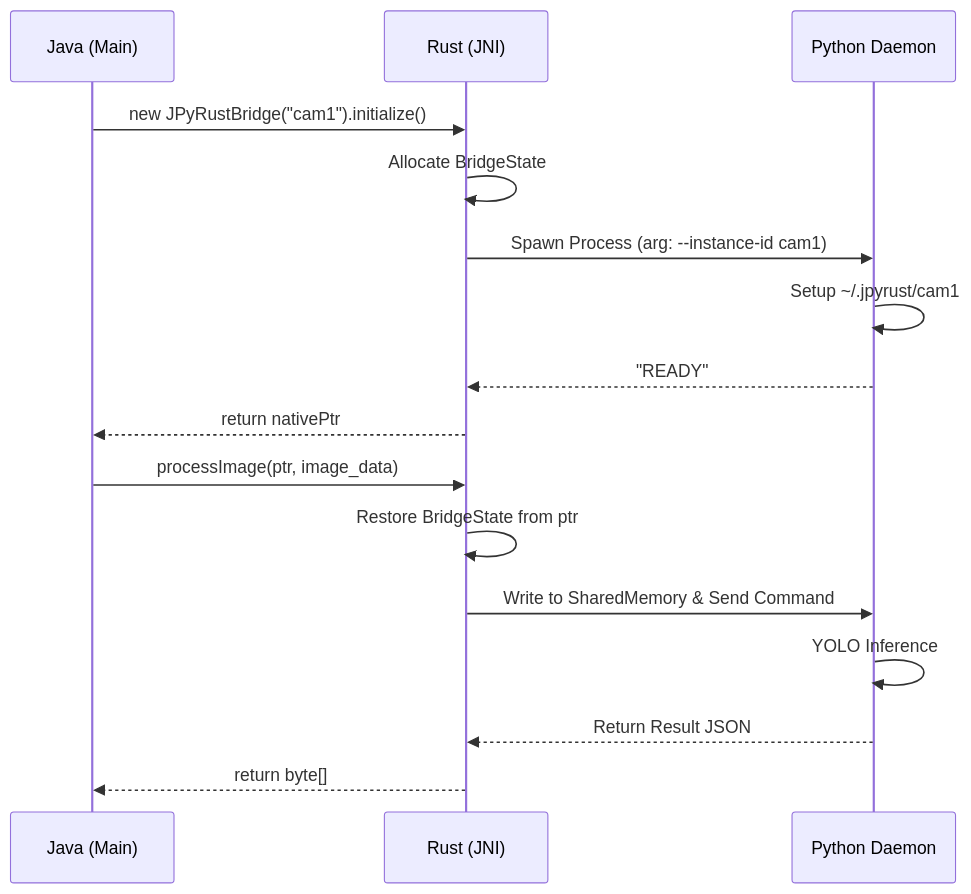
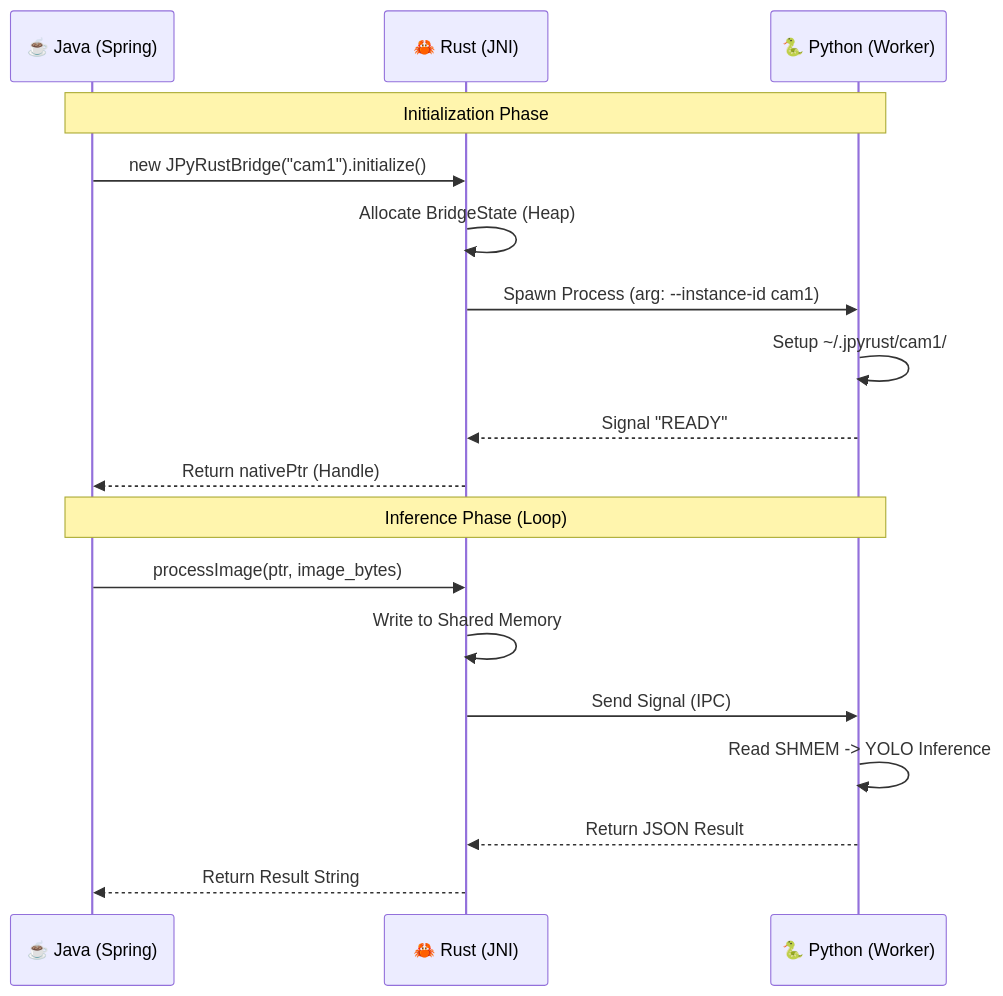
The second of 2 diagrams in README.md (farmer0010/JPyRust), drawn with Mermaid before and after one commit. The commit also changed other lines of this file, not shown here.

````diff
--- a/README.md
+++ b/README.md
@@ -120,20 +80,22 @@
 ```mermaid
 sequenceDiagram
-    participant Java as Java (Main)
-    participant JNI as Rust (JNI)
-    participant Py as Python Daemon
+    participant Java as ☕ Java (Spring)
+    participant Rust as 🦀 Rust (JNI)
+    participant Py as 🐍 Python (Worker)
 
-    Java->>JNI: new JPyRustBridge("cam1").initialize()
-    JNI->>JNI: Allocate BridgeState
-    JNI->>Py: Spawn Process (arg: --instance-id cam1)
-    Py->>Py: Setup ~/.jpyrust/cam1
-    Py-->>JNI: "READY"
-    JNI-->>Java: return nativePtr
-    
-    Java->>JNI: processImage(ptr, image_data)
-    JNI->>JNI: Restore BridgeState from ptr
-    JNI->>Py: Write to SharedMemory & Send Command
-    Py->>Py: YOLO Inference
-    Py-->>JNI: Return Result JSON
-    JNI-->>Java: return byte[]
+    Note over Java, Py: Initialization Phase
+    Java->>Rust: new JPyRustBridge("cam1").initialize()
+    Rust->>Rust: Allocate BridgeState (Heap)
+    Rust->>Py: Spawn Process (arg: --instance-id cam1)
+    Py->>Py: Setup ~/.jpyrust/cam1/
+    Py-->>Rust: Signal "READY"
+    Rust-->>Java: Return nativePtr (Handle)
+
+    Note over Java, Py: Inference Phase (Loop)
+    Java->>Rust: processImage(ptr, image_bytes)
+    Rust->>Rust: Write to Shared Memory
+    Rust->>Py: Send Signal (IPC)
+    Py->>Py: Read SHMEM -> YOLO Inference
+    Py-->>Rust: Return JSON Result
+    Rust-->>Java: Return Result String
 ```
````
